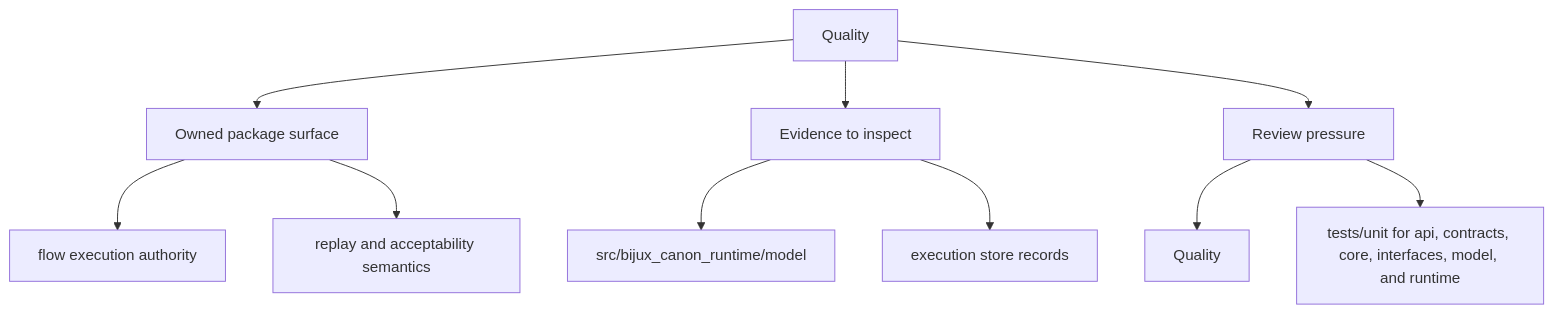
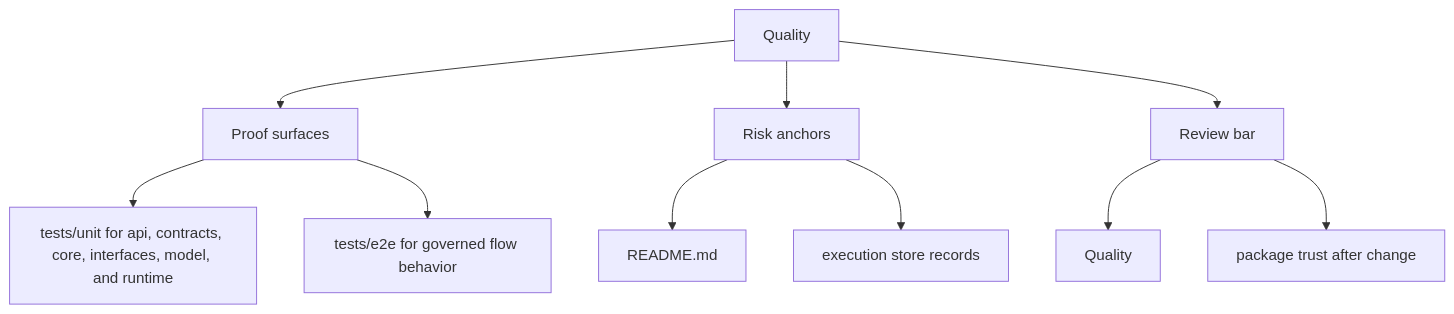
One commit to bijux/bijux-canon changed the second of 2 diagrams in docs/bijux-canon-runtime/quality/index.md. Above: the diagram before and after it, drawn with Mermaid. The commit also changed other lines of this file and 250 other files, not shown here.

Commit message:
docs(diagrams): make product page maps more readable

````diff
--- a/docs/bijux-canon-runtime/quality/index.md
+++ b/docs/bijux-canon-runtime/quality/index.md
@@ -32,22 +32,22 @@
 ```mermaid
 flowchart TD
     page["Quality"]
-    focus1["Owned package surface"]
+    focus1["Proof surfaces"]
     page --> focus1
-    focus1_1["flow execution authority"]
+    focus1_1["tests/unit for api, contracts, core, interfaces, model, and runtime"]
     focus1 --> focus1_1
-    focus1_2["replay and acceptability semantics"]
+    focus1_2["tests/e2e for governed flow behavior"]
     focus1 --> focus1_2
-    focus2["Evidence to inspect"]
+    focus2["Risk anchors"]
     page --> focus2
-    focus2_1["src/bijux_canon_runtime/model"]
+    focus2_1["README.md"]
     focus2 --> focus2_1
     focus2_2["execution store records"]
     focus2 --> focus2_2
-    focus3["Review pressure"]
+    focus3["Review bar"]
     page --> focus3
     focus3_1["Quality"]
     focus3 --> focus3_1
-    focus3_2["tests/unit for api, contracts, core, interfaces, model, and runtime"]
+    focus3_2["package trust after change"]
     focus3 --> focus3_2
 ```
````
